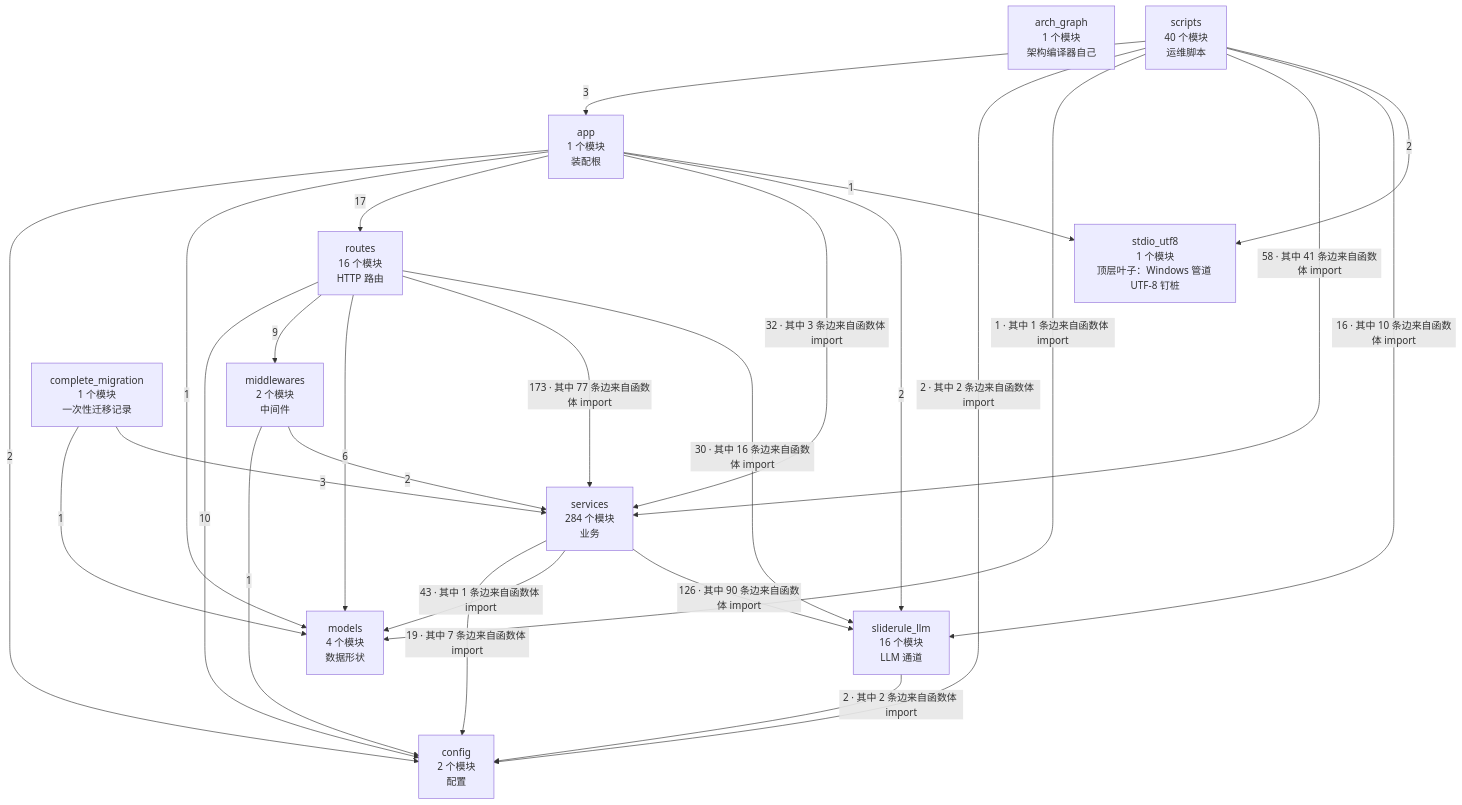
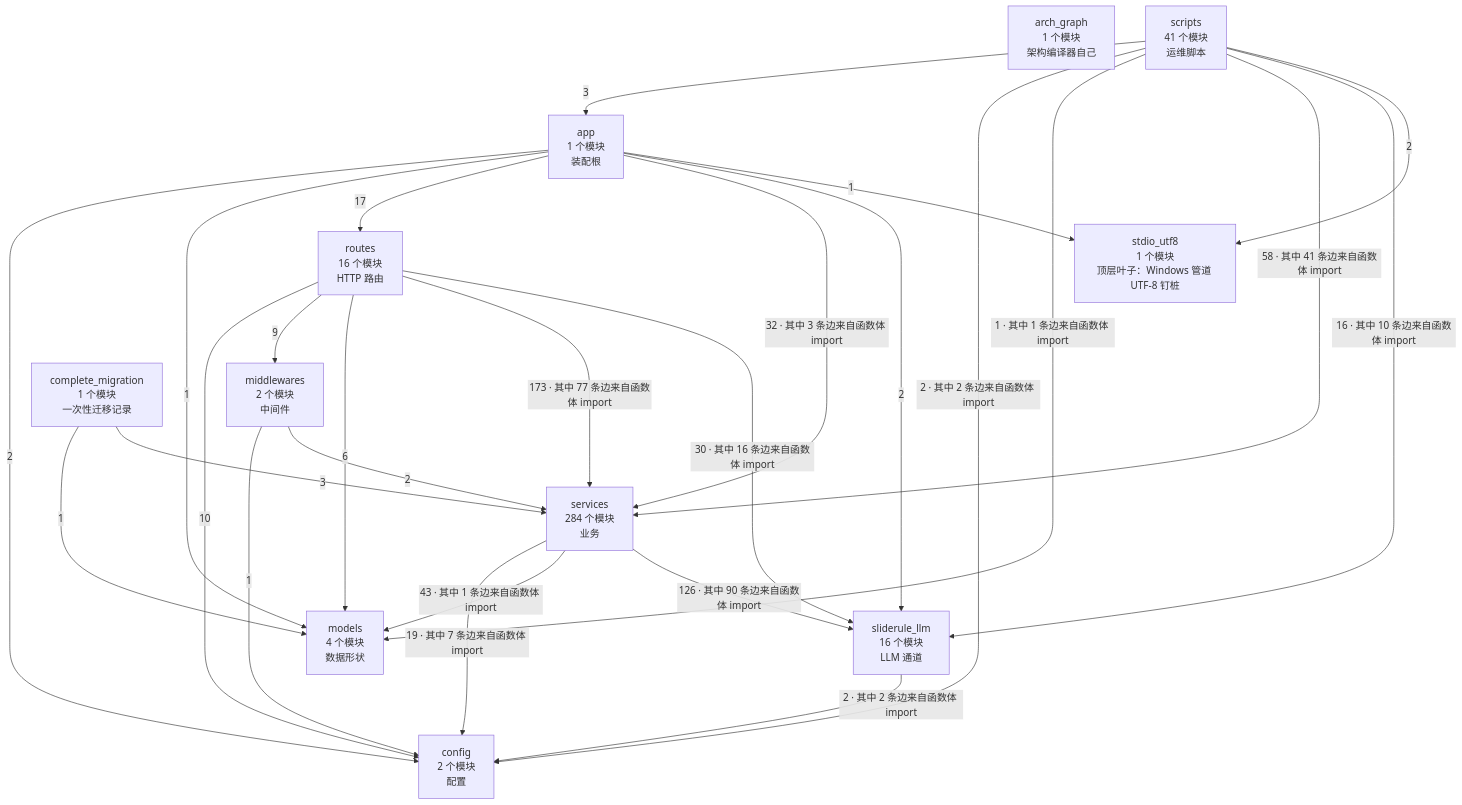
One commit to 2686521696/WhyBuddy changed the second of 4 diagrams in docs/SlideRule V6.2 架构图（自动生成）.md. Above: the diagram before and after it, drawn with Mermaid. The commit also changed other lines of this file and 9 other files, not shown here.

````diff
--- a/docs/SlideRule V6.2 架构图（自动生成）.md
+++ b/docs/SlideRule V6.2 架构图（自动生成）.md
@@ -62,39 +62,39 @@
 ```mermaid
 flowchart TB
   arch_graph["arch_graph<br/>1 个模块<br/>架构编译器自己"]
   config["config<br/>2 个模块<br/>配置"]
   models["models<br/>4 个模块<br/>数据形状"]
   stdio_utf8["stdio_utf8<br/>1 个模块<br/>顶层叶子：Windows 管道 UTF-8 钉桩"]
   sliderule_llm["sliderule_llm<br/>16 个模块<br/>LLM 通道"]
   middlewares["middlewares<br/>2 个模块<br/>中间件"]
   services["services<br/>284 个模块<br/>业务"]
   routes["routes<br/>16 个模块<br/>HTTP 路由"]
   app["app<br/>1 个模块<br/>装配根"]
   complete_migration["complete_migration<br/>1 个模块<br/>一次性迁移记录"]
-  scripts["scripts<br/>40 个模块<br/>运维脚本"]
+  scripts["scripts<br/>41 个模块<br/>运维脚本"]
   app -->|2| config
   app -->|1| models
   app -->|17| routes
   app -->|32 · 其中 3 条边来自函数体 import| services
   app -->|2| sliderule_llm
   app -->|1| stdio_utf8
   complete_migration -->|1| models
   complete_migration -->|3| services
   middlewares -->|1| config
   middlewares -->|2| services
   routes -->|10| config
   routes -->|9| middlewares
   routes -->|6| models
   routes -->|173 · 其中 77 条边来自函数体 import| services
   routes -->|30 · 其中 16 条边来自函数体 import| sliderule_llm
   scripts -->|3| app
   scripts -->|2 · 其中 2 条边来自函数体 import| config
   scripts -->|1 · 其中 1 条边来自函数体 import| models
   scripts -->|58 · 其中 41 条边来自函数体 import| services
   scripts -->|16 · 其中 10 条边来自函数体 import| sliderule_llm
   scripts -->|2| stdio_utf8
   services -->|19 · 其中 7 条边来自函数体 import| config
   services -->|43 · 其中 1 条边来自函数体 import| models
   services -->|126 · 其中 90 条边来自函数体 import| sliderule_llm
   sliderule_llm -->|2 · 其中 2 条边来自函数体 import| config
 ```
````
